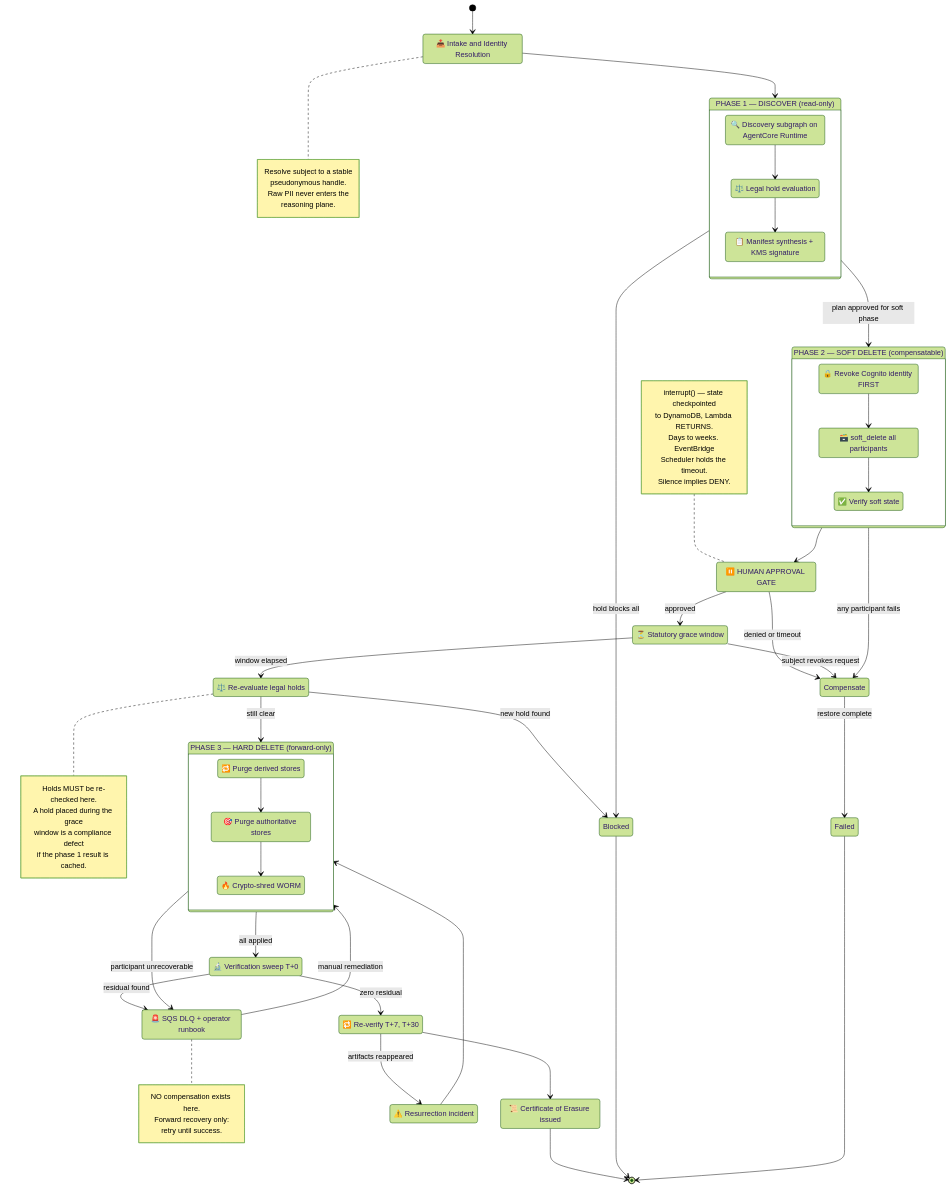
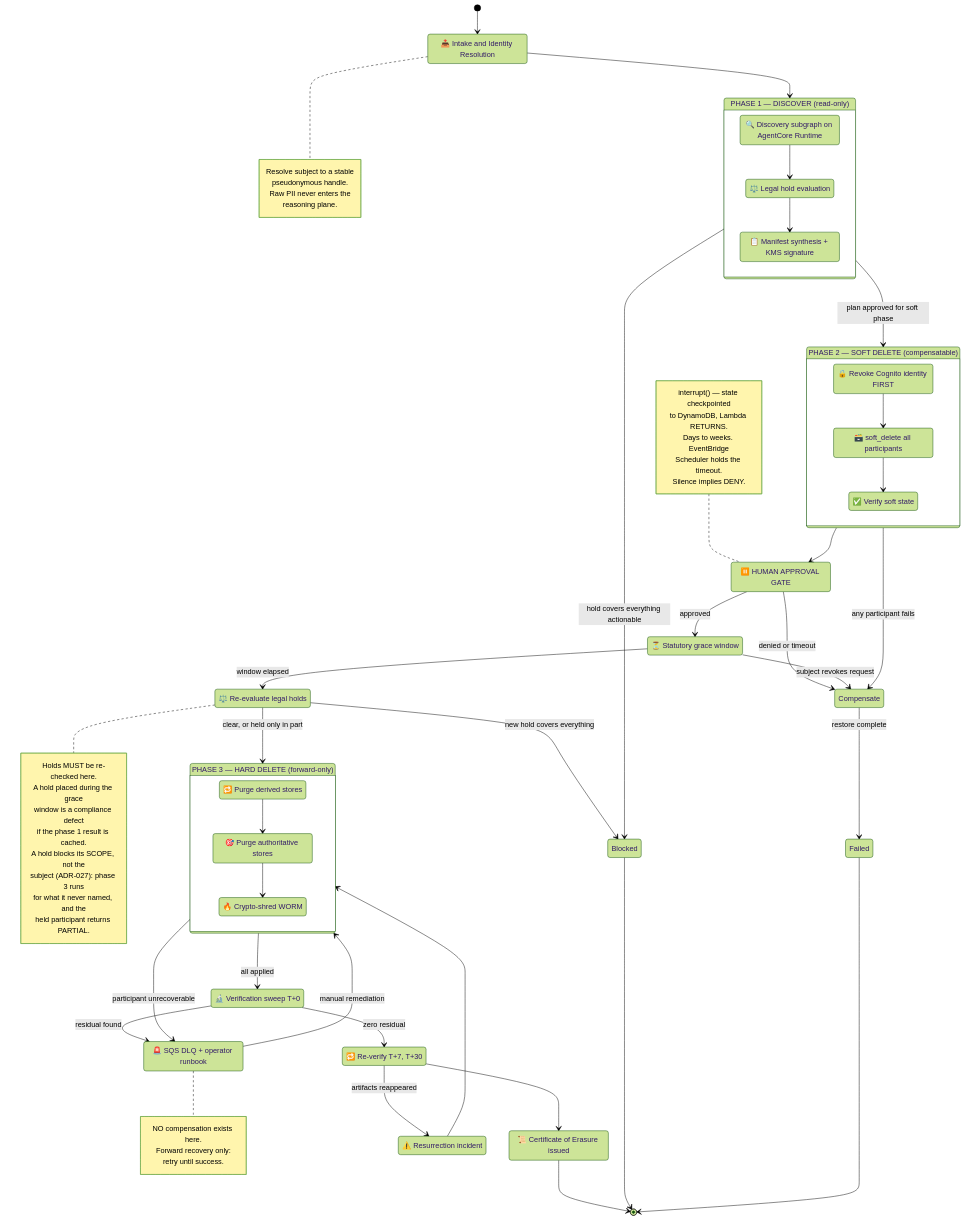
Before and after one commit to andaro74/agentic-pii-erasure: the diagram in docs/diagrams/02-three-phase-saga.mermaid, drawn with Mermaid (forest theme). The commit also changed 5 other files, not shown here.

First line of the commit message:
V12-5: the diagram check the validation sweep claimed but never ran

```diff
--- a/docs/diagrams/02-three-phase-saga.mermaid
+++ b/docs/diagrams/02-three-phase-saga.mermaid
@@ -1,97 +1,101 @@
 %% ASDP · The three-phase saga.
 %% Phases differ by recovery model, separated by the approval gate.
 %% Source of truth: ARCHITECTURE.md §5. See ADR-002.
 stateDiagram-v2
     direction TB
     [*] --> Intake
 
     Intake: 📥 Intake and Identity Resolution
     note right of Intake
         Resolve subject to a stable
         pseudonymous handle.
         Raw PII never enters the
         reasoning plane.
     end note
 
     state "PHASE 1 — DISCOVER (read-only)" as P1 {
         Discovery: 🔍 Discovery subgraph on AgentCore Runtime
         HoldCheck: ⚖️ Legal hold evaluation
         Planning: 📋 Manifest synthesis + KMS signature
         Discovery --> HoldCheck
         HoldCheck --> Planning
     }
 
     state "PHASE 2 — SOFT DELETE (compensatable)" as P2 {
         Revoke: 🔒 Revoke Cognito identity FIRST
         SoftAll: 🗃️ soft_delete all participants
         VerifySoft: ✅ Verify soft state
         Revoke --> SoftAll
         SoftAll --> VerifySoft
     }
 
     state "PHASE 3 — HARD DELETE (forward-only)" as P3 {
         Derived: 🔁 Purge derived stores
         Auth: 🎯 Purge authoritative stores
         Shred: 🔥 Crypto-shred WORM
         Derived --> Auth
         Auth --> Shred
     }
 
     Intake --> P1
-    P1 --> Blocked: hold blocks all
+    P1 --> Blocked: hold covers everything actionable
     P1 --> P2: plan approved for soft phase
     P2 --> Compensate: any participant fails
     Compensate --> Failed: restore complete
     P2 --> AwaitApproval
 
     AwaitApproval: ⏸️ HUMAN APPROVAL GATE
     note left of AwaitApproval
         interrupt() — state checkpointed
         to DynamoDB, Lambda RETURNS.
         Days to weeks. EventBridge
         Scheduler holds the timeout.
         Silence implies DENY.
     end note
 
     AwaitApproval --> Grace: approved
     AwaitApproval --> Compensate: denied or timeout
 
     Grace: ⏳ Statutory grace window
     Grace --> Compensate: subject revokes request
     Grace --> Recheck: window elapsed
 
     Recheck: ⚖️ Re-evaluate legal holds
     note right of Recheck
         Holds MUST be re-checked here.
         A hold placed during the grace
         window is a compliance defect
         if the phase 1 result is cached.
+        A hold blocks its SCOPE, not the
+        subject (ADR-027): phase 3 runs
+        for what it never named, and the
+        held participant returns PARTIAL.
     end note
-    Recheck --> Blocked: new hold found
-    Recheck --> P3: still clear
+    Recheck --> Blocked: new hold covers everything
+    Recheck --> P3: clear, or held only in part
 
     P3 --> Verify: all applied
     P3 --> Stuck: participant unrecoverable
 
     Stuck: 🚨 SQS DLQ + operator runbook
     note right of Stuck
         NO compensation exists here.
         Forward recovery only:
         retry until success.
     end note
     Stuck --> P3: manual remediation
 
     Verify: 🔬 Verification sweep T+0
     Verify --> Sweeps: zero residual
     Verify --> Stuck: residual found
 
     Sweeps: 🔁 Re-verify T+7, T+30
     Sweeps --> Resurrection: artifacts reappeared
     Resurrection: ⚠️ Resurrection incident
     Resurrection --> P3
 
     Sweeps --> Certified
     Certified: 📜 Certificate of Erasure issued
     Certified --> [*]
     Blocked --> [*]
     Failed --> [*]
```
